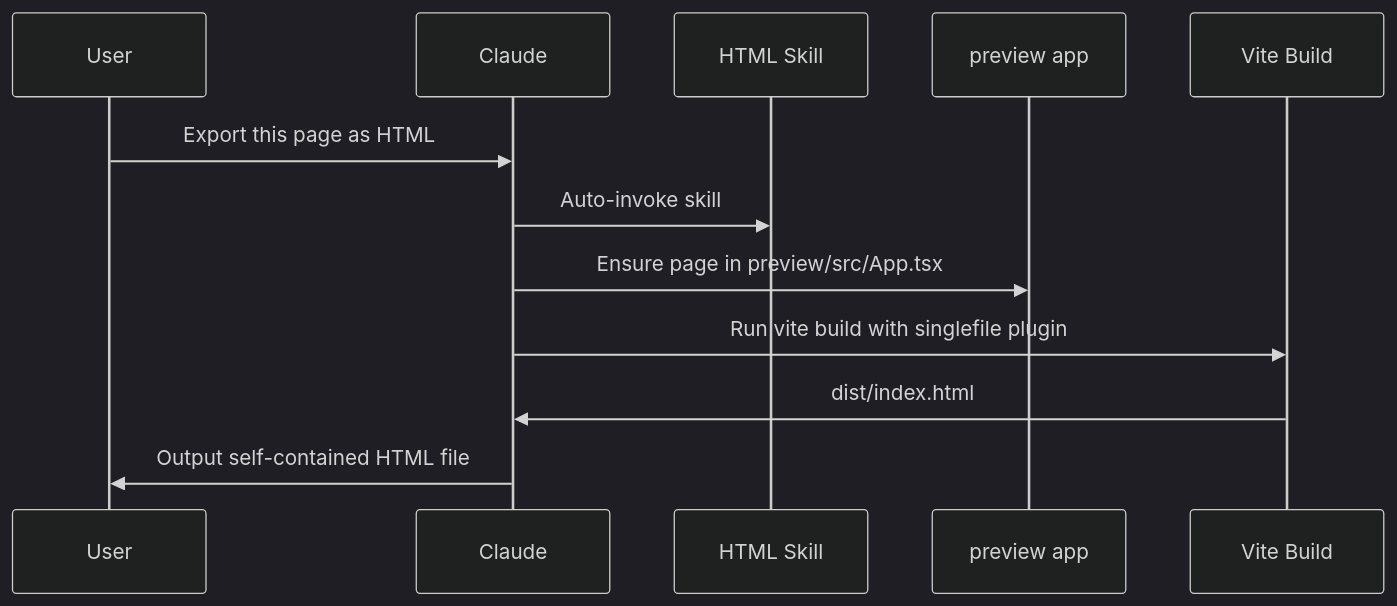
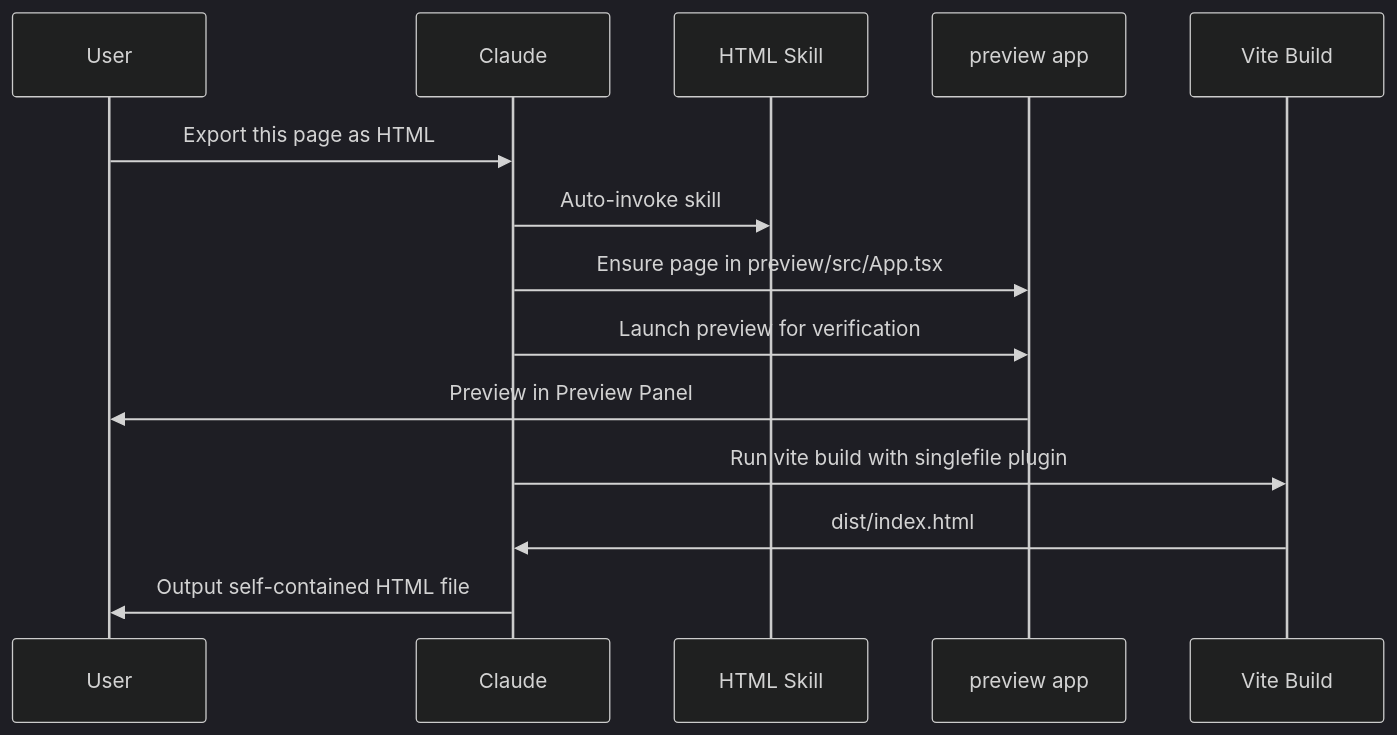
The fifth of 5 diagrams in .kiro/specs/claude-desktop-interactive-workflow/design.md (TETRA2000/figma-component-dsl), drawn with Mermaid (dark theme) before and after one commit. The commit also changed other lines of this file and 2 other files, not shown here.

````diff
--- a/.kiro/specs/claude-desktop-interactive-workflow/design.md
+++ b/.kiro/specs/claude-desktop-interactive-workflow/design.md
@@ -163,15 +210,17 @@
 ```mermaid
 sequenceDiagram
     participant U as User
     participant C as Claude
     participant S as HTML Skill
     participant P as preview app
     participant V as Vite Build
 
     U->>C: Export this page as HTML
     C->>S: Auto-invoke skill
     C->>P: Ensure page in preview/src/App.tsx
+    C->>P: Launch preview for verification
+    P->>U: Preview in Preview Panel
     C->>V: Run vite build with singlefile plugin
     V->>C: dist/index.html
     C->>U: Output self-contained HTML file
 ```
````
